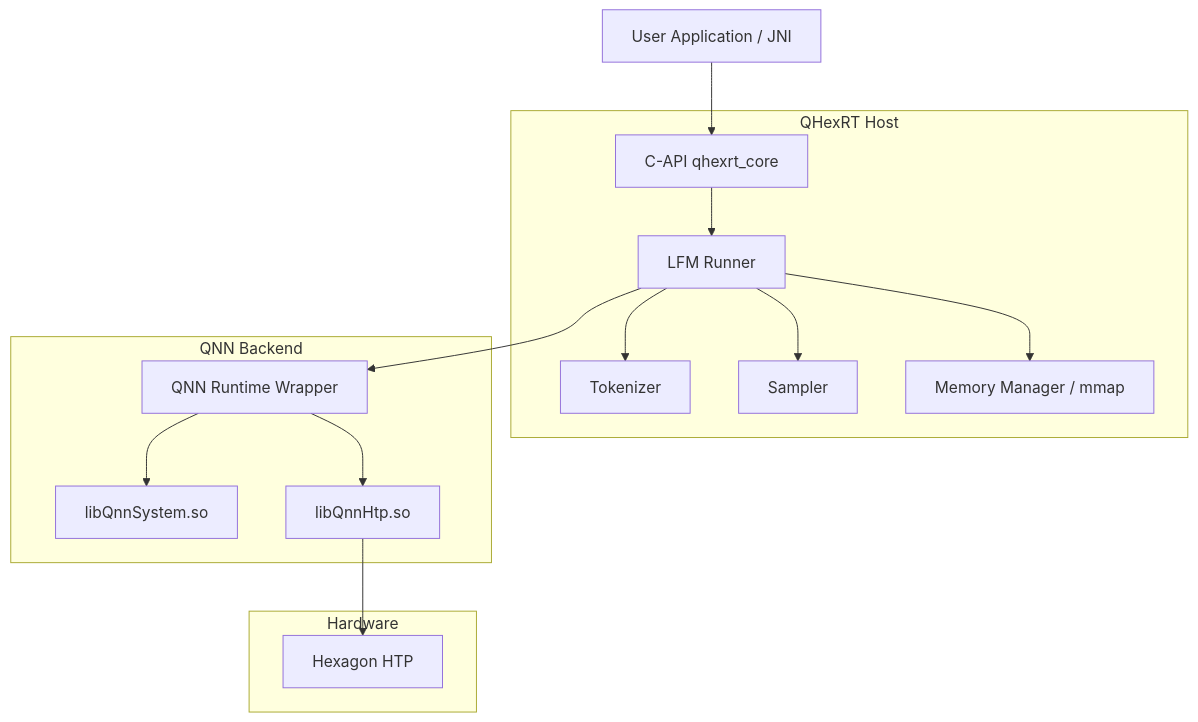
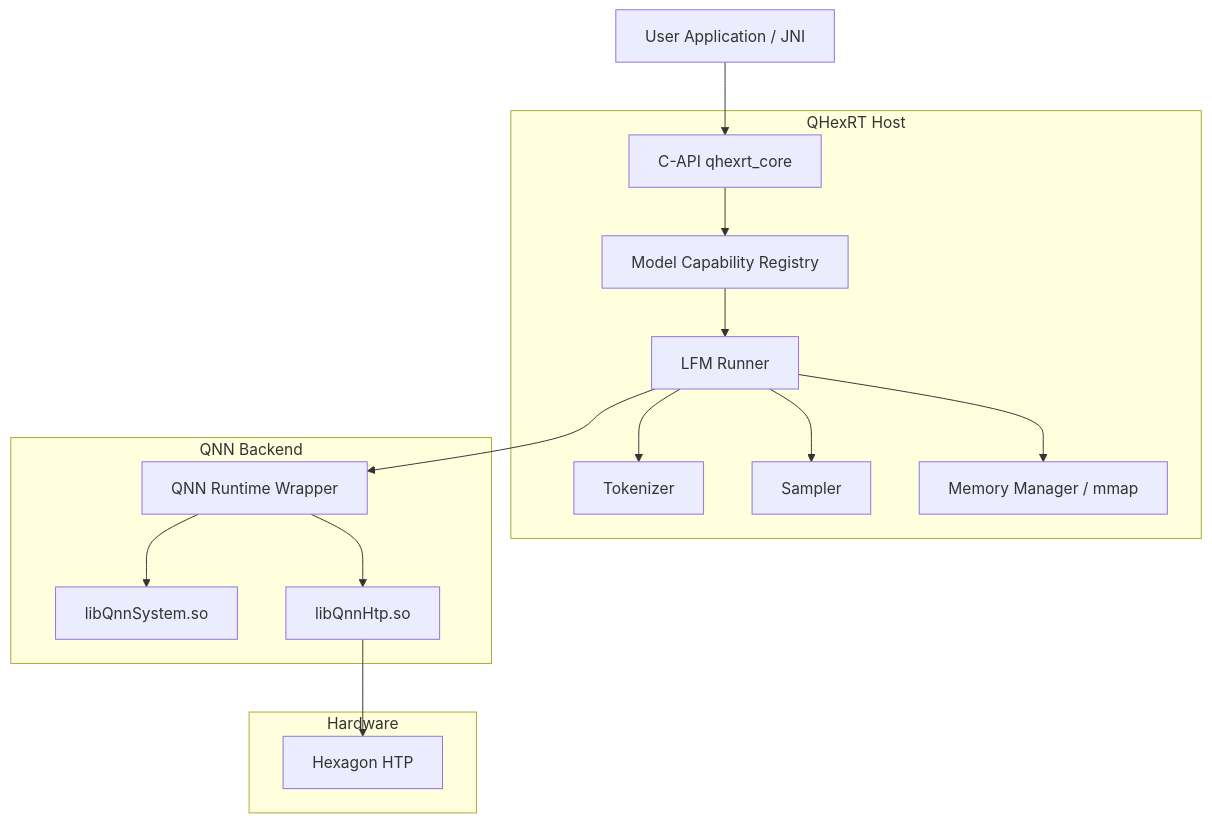
Before and after one commit to xugangtongji/QNN_HexRT: the first of 2 diagrams in docs/ARCHITECTURE.md, drawn with Mermaid. The commit also changed other lines of this file and 18 other files, not shown here.

````diff
--- a/docs/ARCHITECTURE.md
+++ b/docs/ARCHITECTURE.md
@@ -28,18 +34,19 @@
 ```mermaid
 graph TD
     UserApp[User Application / JNI] --> CAPI[C-API qhexrt_core]
     subgraph QHexRT Host
-        CAPI --> Runner[LFM Runner]
+        CAPI --> Registry[Model Capability Registry]
+        Registry --> Runner[LFM Runner]
         Runner --> Tokenizer[Tokenizer]
         Runner --> Sampler[Sampler]
         Runner --> MemMgr[Memory Manager / mmap]
     end
     subgraph QNN Backend
         Runner --> QNNWrapper[QNN Runtime Wrapper]
         QNNWrapper --> QNNSystem[libQnnSystem.so]
         QNNWrapper --> QNNHtp[libQnnHtp.so]
     end
     subgraph Hardware
         QNNHtp --> Hexagon[Hexagon HTP]
     end
 ```
````
